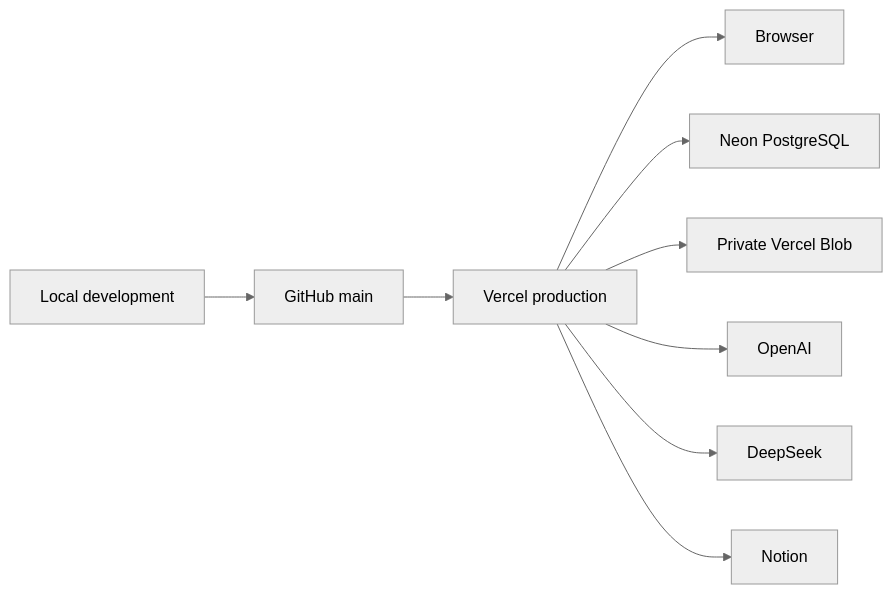
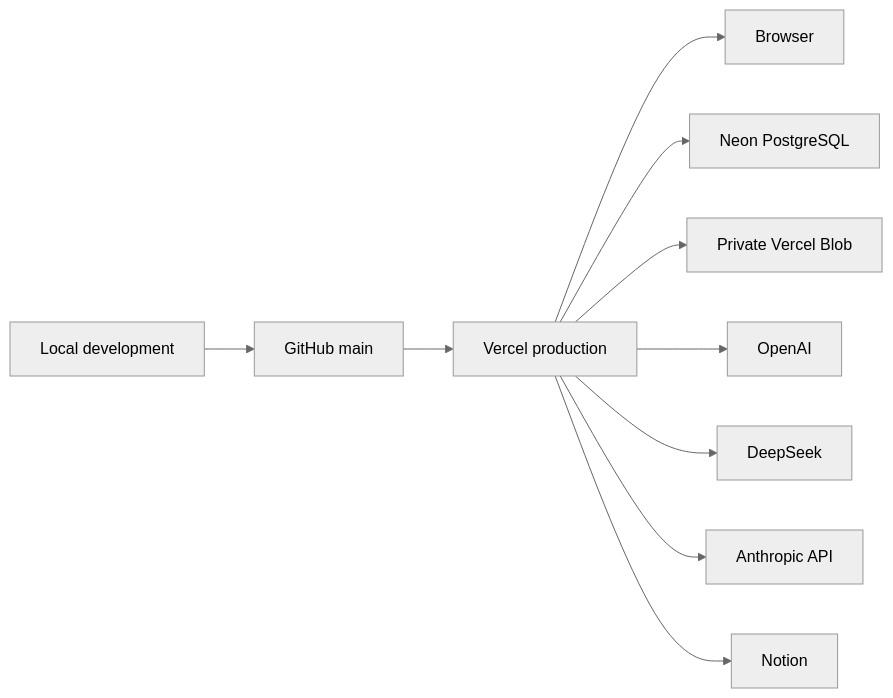
One commit to kakumine2001/NoteFable changed the diagram in docs/architecture/deployment.md. Above: the diagram before and after it, drawn with Mermaid (neutral theme). The commit also changed other lines of this file and 21 other files, not shown here.

````diff
--- a/docs/architecture/deployment.md
+++ b/docs/architecture/deployment.md
@@ -62,11 +62,12 @@
 ```mermaid
 flowchart LR
     Local["Local development"] --> GitHub["GitHub main"]
     GitHub --> Vercel["Vercel production"]
     Vercel --> Browser["Browser"]
     Vercel --> Neon["Neon PostgreSQL"]
     Vercel --> Blob["Private Vercel Blob"]
     Vercel --> OpenAI["OpenAI"]
     Vercel --> DeepSeek["DeepSeek"]
+    Vercel --> Anthropic["Anthropic API"]
     Vercel --> Notion["Notion"]
 ```
````
